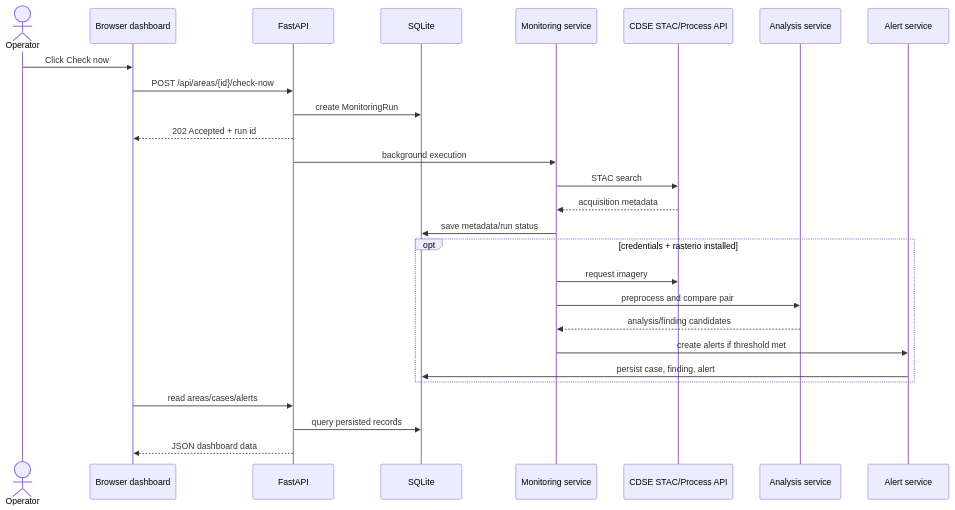
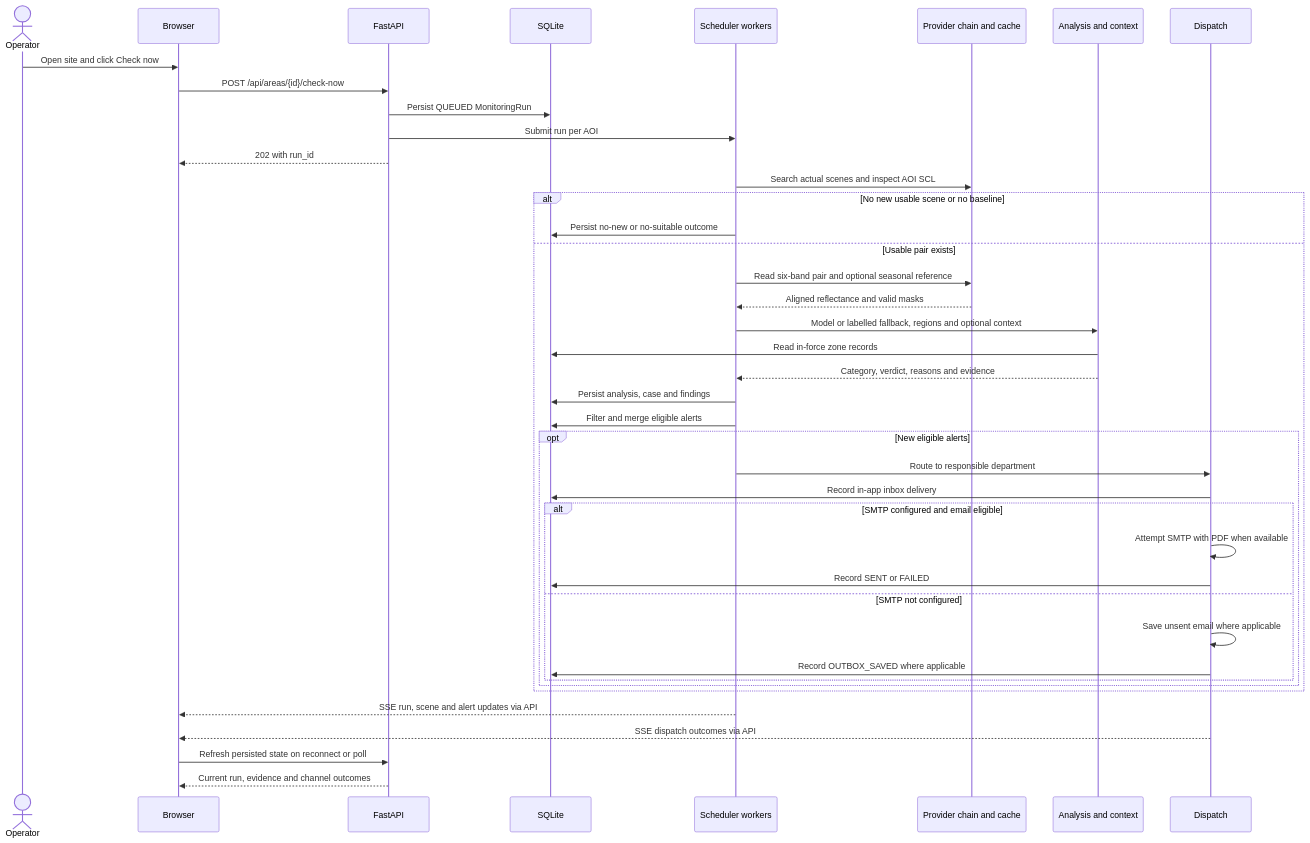
One commit to srinidhimanjunath111-ni/SentinelWatch_Project changed the diagram in docs/diagrams/sequence.mmd. Above: the diagram before and after it, drawn with Mermaid. The commit also changed 9 other files, not shown here.

Commit message:
docs: align ten system diagrams with v3 implementation

```diff
--- a/docs/diagrams/sequence.mmd
+++ b/docs/diagrams/sequence.mmd
@@ -1,27 +1,41 @@
 sequenceDiagram
   actor O as Operator
-  participant UI as Browser dashboard
+  participant UI as Browser
   participant API as FastAPI
   participant DB as SQLite
-  participant MON as Monitoring service
-  participant CDSE as CDSE STAC/Process API
-  participant AN as Analysis service
-  participant AL as Alert service
-  O->>UI: Click Check now
+  participant Q as Scheduler workers
+  participant P as Provider chain and cache
+  participant AN as Analysis and context
+  participant DIS as Dispatch
+  O->>UI: Open site and click Check now
   UI->>API: POST /api/areas/{id}/check-now
-  API->>DB: create MonitoringRun
-  API-->>UI: 202 Accepted + run id
-  API->>MON: background execution
-  MON->>CDSE: STAC search
-  CDSE-->>MON: acquisition metadata
-  MON->>DB: save metadata/run status
-  opt credentials + rasterio installed
-    MON->>CDSE: request imagery
-    MON->>AN: preprocess and compare pair
-    AN-->>MON: analysis/finding candidates
-    MON->>AL: create alerts if threshold met
-    AL->>DB: persist case, finding, alert
+  API->>DB: Persist QUEUED MonitoringRun
+  API->>Q: Submit run per AOI
+  API-->>UI: 202 with run_id
+  Q->>P: Search actual scenes and inspect AOI SCL
+  alt No new usable scene or no baseline
+    Q->>DB: Persist no-new or no-suitable outcome
+  else Usable pair exists
+    Q->>P: Read six-band pair and optional seasonal reference
+    P-->>Q: Aligned reflectance and valid masks
+    Q->>AN: Model or labelled fallback, regions and optional context
+    AN->>DB: Read in-force zone records
+    AN-->>Q: Category, verdict, reasons and evidence
+    Q->>DB: Persist analysis, case and findings
+    Q->>DB: Filter and merge eligible alerts
+    opt New eligible alerts
+      Q->>DIS: Route to responsible department
+      DIS->>DB: Record in-app inbox delivery
+      alt SMTP configured and email eligible
+        DIS->>DIS: Attempt SMTP with PDF when available
+        DIS->>DB: Record SENT or FAILED
+      else SMTP not configured
+        DIS->>DIS: Save unsent email where applicable
+        DIS->>DB: Record OUTBOX_SAVED where applicable
+      end
+    end
   end
-  UI->>API: read areas/cases/alerts
-  API->>DB: query persisted records
-  API-->>UI: JSON dashboard data
+  Q-->>UI: SSE run, scene and alert updates via API
+  DIS-->>UI: SSE dispatch outcomes via API
+  UI->>API: Refresh persisted state on reconnect or poll
+  API-->>UI: Current run, evidence and channel outcomes
```
